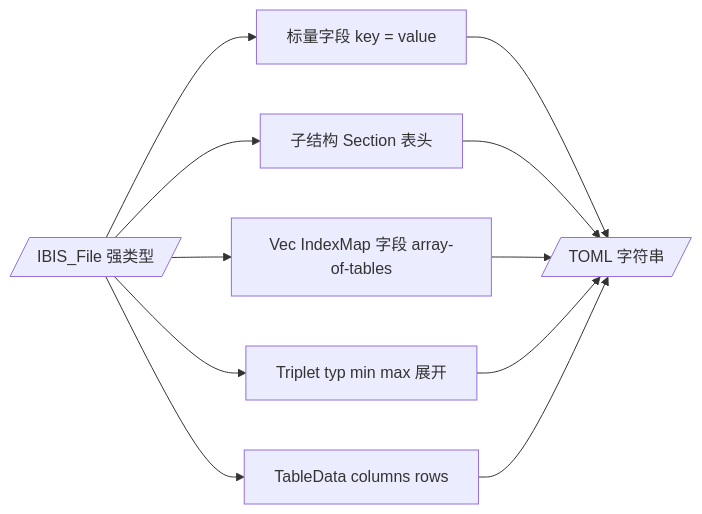
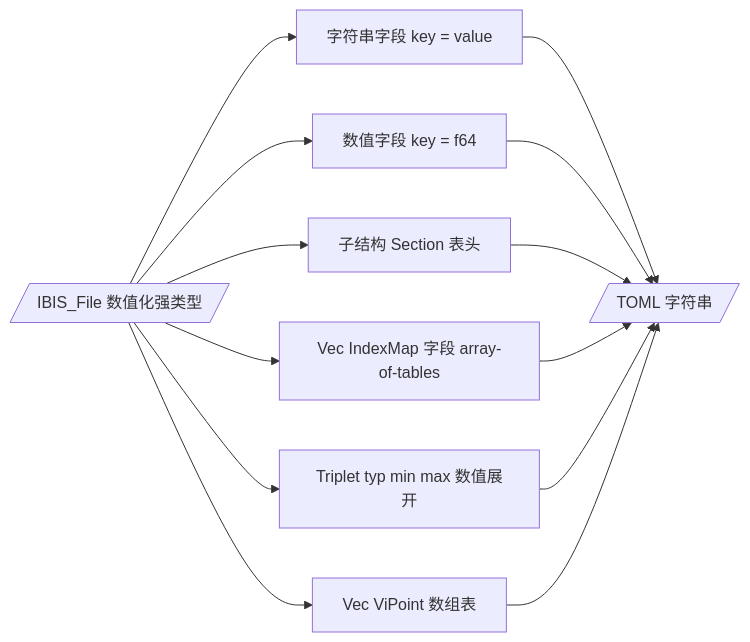
The sixth of 6 diagrams in plans/ibis2ibstoml_architecture.md (ykjoe/IBIS_Parser), drawn with Mermaid before and after one commit. The commit also changed other lines of this file and 36 other files, not shown here.

````diff
--- a/plans/ibis2ibstoml_architecture.md
+++ b/plans/ibis2ibstoml_architecture.md
@@ -454,13 +650,15 @@
 ```mermaid
 flowchart LR
-    IBIS[/IBIS_File 强类型/] --> SCALAR[标量字段 key = value]
+    IBIS[/IBIS_File 数值化强类型/] --> STR[字符串字段 key = value]
+    IBIS --> NUM[数值字段 key = f64]
     IBIS --> STRUCT[子结构 Section 表头]
     IBIS --> COLL[Vec IndexMap 字段 array-of-tables]
-    IBIS --> TRIP[Triplet typ min max 展开]
-    IBIS --> TAB[TableData columns rows]
-    SCALAR --> OUT[/TOML 字符串/]
+    IBIS --> TRIP[Triplet typ min max 数值展开]
+    IBIS --> VIP[Vec ViPoint 数组表]
+    STR --> OUT[/TOML 字符串/]
+    NUM --> OUT
     STRUCT --> OUT
     COLL --> OUT
     TRIP --> OUT
-    TAB --> OUT
+    VIP --> OUT
 ```
````
